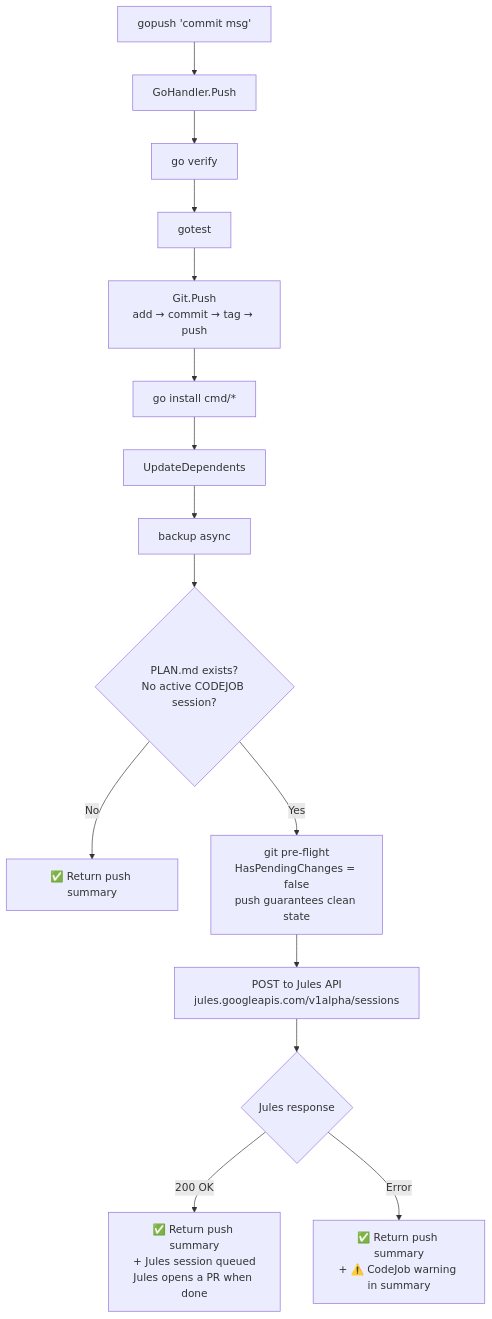
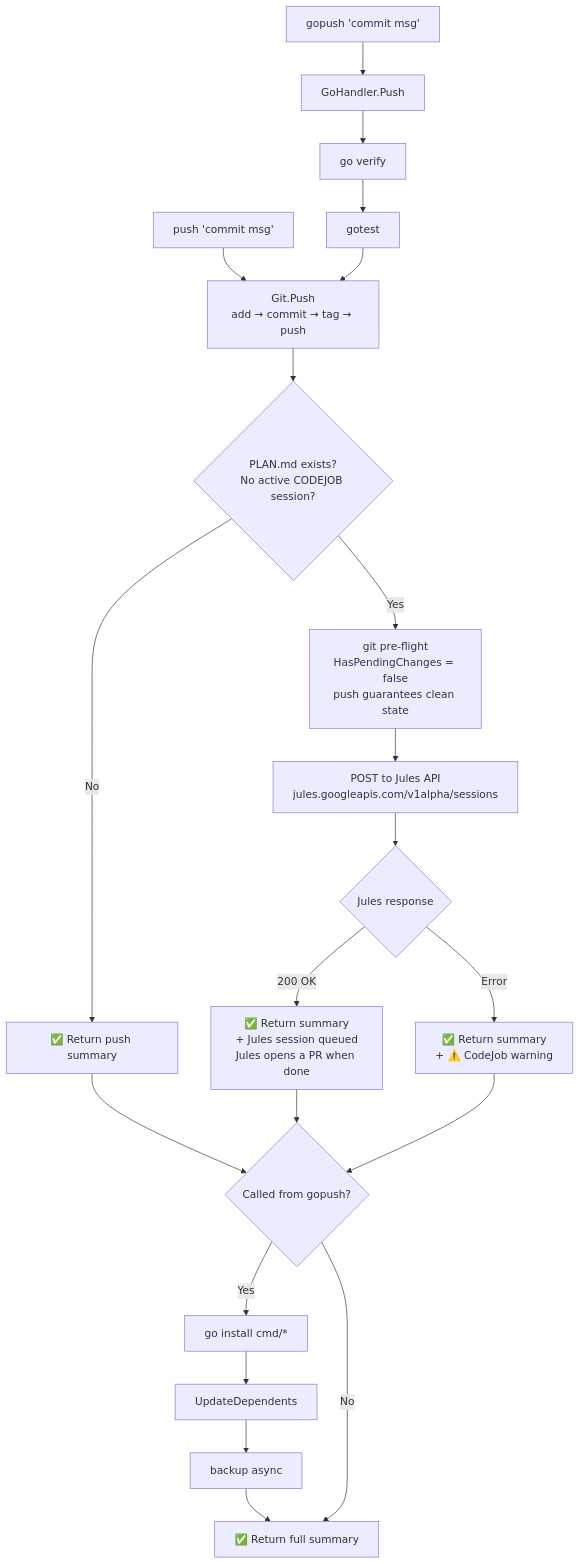
One commit to tinywasm/devflow changed the diagram in docs/codejob/diagrams/GOPUSH_CODEJOB_FLOW.md. Above: the diagram before and after it, drawn with Mermaid. The commit also changed other lines of this file and 8 other files, not shown here.

Commit message:
update git handlres with codejob

````diff
--- a/docs/codejob/diagrams/GOPUSH_CODEJOB_FLOW.md
+++ b/docs/codejob/diagrams/GOPUSH_CODEJOB_FLOW.md
@@ -11,17 +11,23 @@
 ```mermaid
 flowchart TD
-    A[gopush 'commit msg'] --> B[GoHandler.Push]
-    B --> C[go verify]
-    C --> D[gotest]
-    D --> E[Git.Push<br/>add → commit → tag → push]
-    E --> F[go install cmd/*]
-    F --> G[UpdateDependents]
-    G --> H[backup async]
-    H --> I{PLAN.md exists?<br/>No active CODEJOB session?}
-    I -->|No| IO[✅ Return push summary]
-    I -->|Yes| J[git pre-flight<br/>HasPendingChanges = false<br/>push guarantees clean state]
-    J --> K[POST to Jules API<br/>jules.googleapis.com/v1alpha/sessions]
-    K --> L{Jules response}
-    L -->|200 OK| O[✅ Return push summary<br/>+ Jules session queued<br/>Jules opens a PR when done]
-    L -->|Error| P[✅ Return push summary<br/>+ ⚠️ CodeJob warning in summary]
+    A[push 'commit msg'] --> E
+    B[gopush 'commit msg'] --> C[GoHandler.Push]
+    C --> D1[go verify]
+    D1 --> D2[gotest]
+    D2 --> E[Git.Push<br/>add → commit → tag → push]
+    E --> F{PLAN.md exists?<br/>No active CODEJOB session?}
+    F -->|No| FO[✅ Return push summary]
+    F -->|Yes| G[git pre-flight<br/>HasPendingChanges = false<br/>push guarantees clean state]
+    G --> H[POST to Jules API<br/>jules.googleapis.com/v1alpha/sessions]
+    H --> I{Jules response}
+    I -->|200 OK| IO[✅ Return summary<br/>+ Jules session queued<br/>Jules opens a PR when done]
+    I -->|Error| IP[✅ Return summary<br/>+ ⚠️ CodeJob warning]
+    FO --> gopushonly{Called from gopush?}
+    IO --> gopushonly
+    IP --> gopushonly
+    gopushonly -->|Yes| J[go install cmd/*]
+    J --> K[UpdateDependents]
+    K --> L[backup async]
+    L --> M[✅ Return full summary]
+    gopushonly -->|No| M
 ```
````
